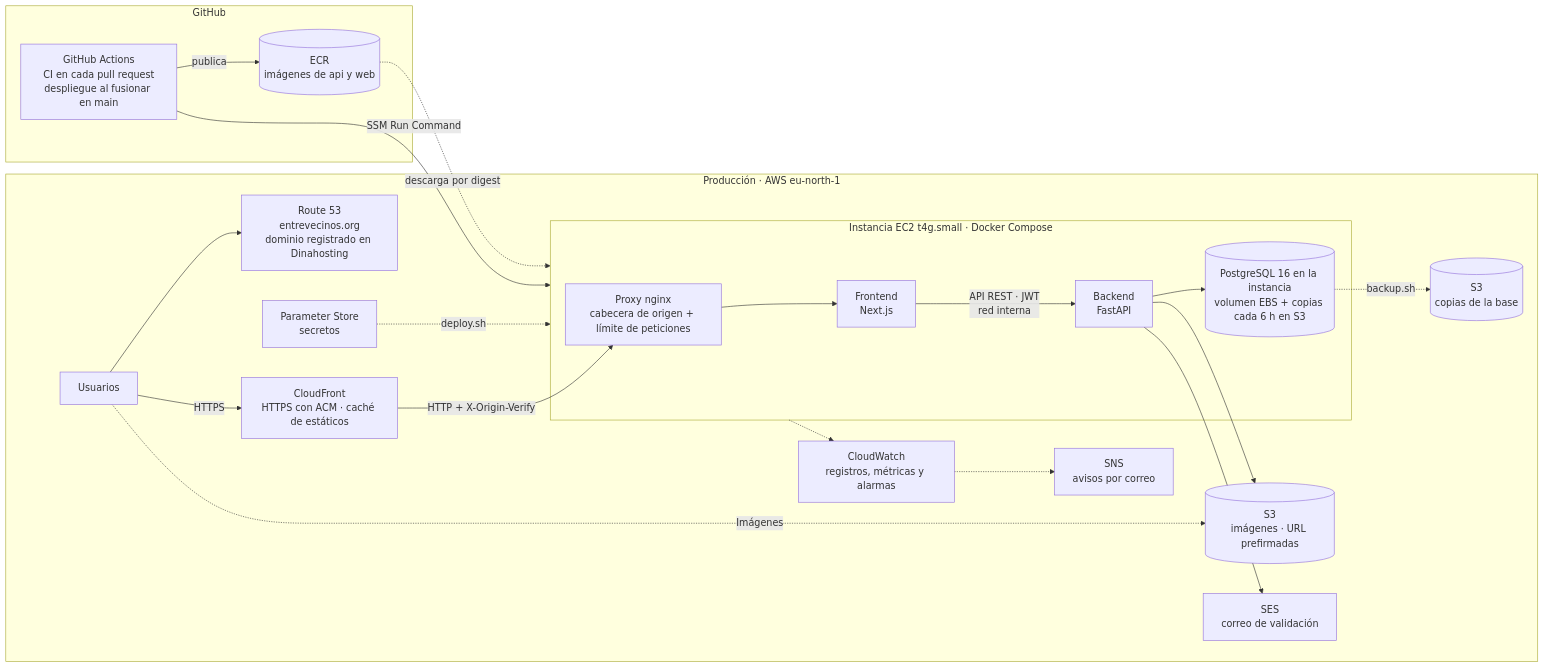
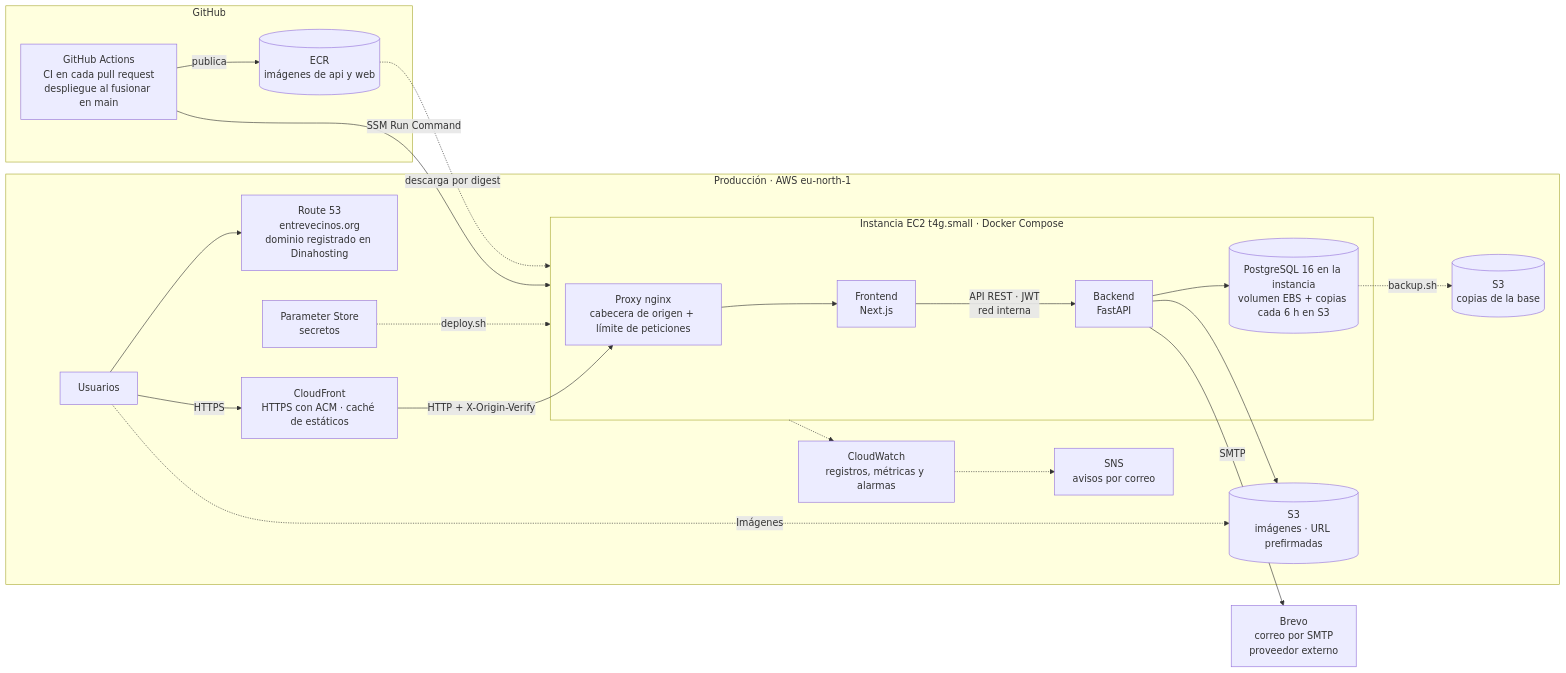
The third of 4 diagrams in readme.md (serfer2/entrevecinos), drawn with Mermaid before and after one commit. The commit also changed other lines of this file and 4 other files, not shown here.

````diff
--- a/readme.md
+++ b/readme.md
@@ -456,45 +453,46 @@
 ```mermaid
 flowchart LR
     subgraph AWS["Producción · AWS eu-north-1"]
         USER["Usuarios"]
         DNS["Route 53<br/>entrevecinos.org<br/>dominio registrado en Dinahosting"]
         CDN["CloudFront<br/>HTTPS con ACM · caché de estáticos"]
 
         subgraph EC2["Instancia EC2 t4g.small · Docker Compose"]
             PROXY["Proxy nginx<br/>cabecera de origen + límite de peticiones"]
             WEB_PROD["Frontend<br/>Next.js"]
             API_PROD["Backend<br/>FastAPI"]
             DB_PROD[("PostgreSQL 16 en la instancia<br/>volumen EBS + copias cada 6 h en S3")]
             PROXY --> WEB_PROD
             WEB_PROD -->|"API REST · JWT<br/>red interna"| API_PROD
             API_PROD --> DB_PROD
         end
 
         S3_MEDIA[("S3<br/>imágenes · URL prefirmadas")]
         S3_BACKUP[("S3<br/>copias de la base")]
-        SES["SES<br/>correo de validación"]
         SSM_PS["Parameter Store<br/>secretos"]
         CW["CloudWatch<br/>registros, métricas y alarmas"]
         SNS["SNS<br/>avisos por correo"]
 
         USER --> DNS
         USER -->|"HTTPS"| CDN
         CDN -->|"HTTP + X-Origin-Verify"| PROXY
         USER -.->|"Imágenes"| S3_MEDIA
         API_PROD --> S3_MEDIA
-        API_PROD --> SES
         DB_PROD -.->|"backup.sh"| S3_BACKUP
         SSM_PS -.->|"deploy.sh"| EC2
         EC2 -.-> CW
         CW -.-> SNS
     end
 
     subgraph GH["GitHub"]
         GHA["GitHub Actions<br/>CI en cada pull request<br/>despliegue al fusionar en main"]
         ECR[("ECR<br/>imágenes de api y web")]
     end
 
+    BREVO["Brevo<br/>correo por SMTP<br/>proveedor externo"]
+    API_PROD -->|"SMTP"| BREVO
+
     GHA -->|"publica"| ECR
     GHA -->|"SSM Run Command"| EC2
     ECR -.->|"descarga por digest"| EC2
 ```
````
